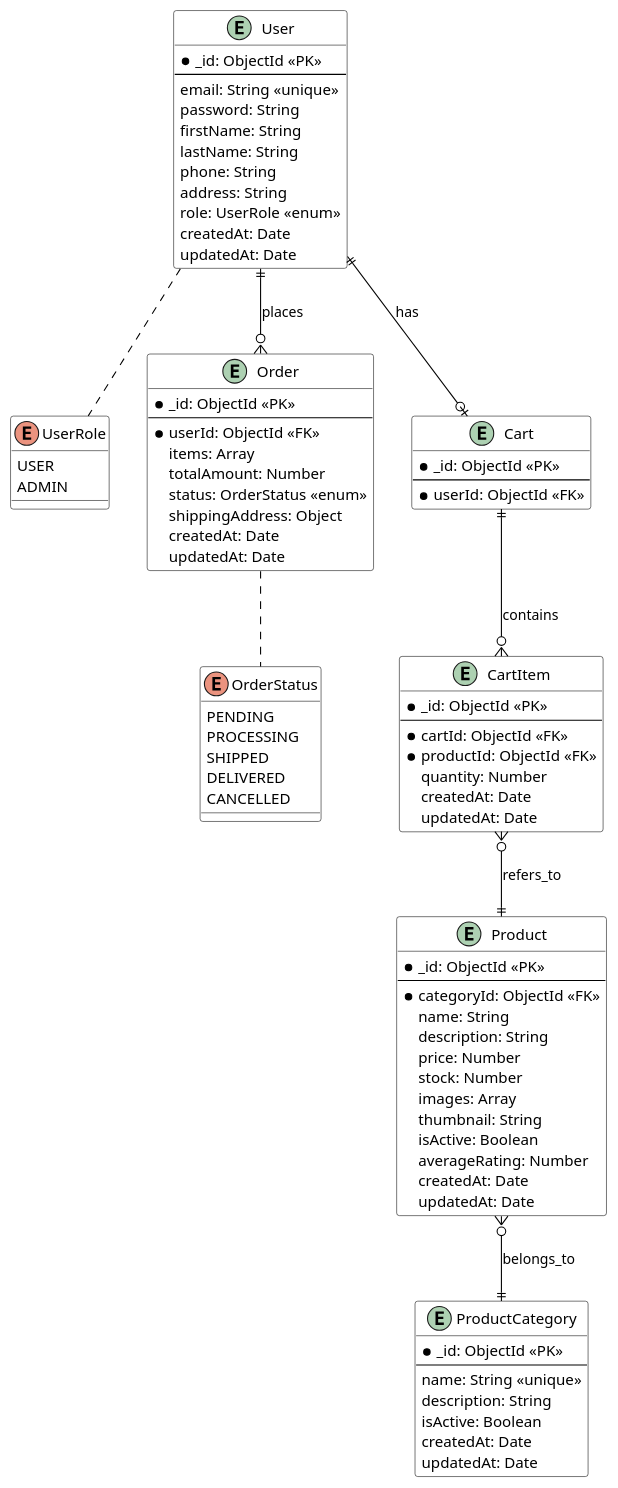
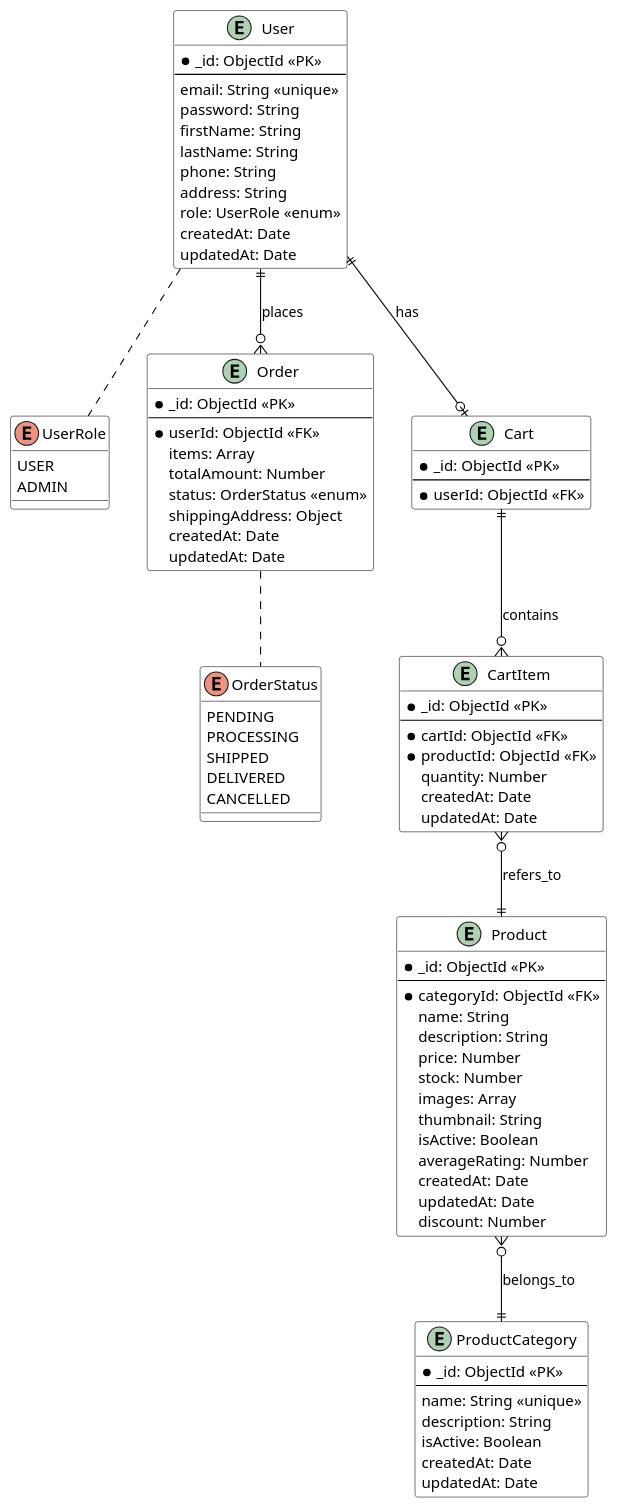
One commit to phongth803/tichhop changed the diagram in erd.pu. Above: the diagram before and after it, drawn with PlantUML. The commit also changed 27 other files, not shown here.

```diff
--- a/erd.pu
+++ b/erd.pu
@@ -1,104 +1,105 @@
 @startuml
 
 ' Định nghĩa style
 skinparam class {
     BackgroundColor White
     ArrowColor Black
     BorderColor Black
 }
 
 ' Định nghĩa enum
 enum UserRole {
     USER
     ADMIN
 }
 
 enum OrderStatus {
     PENDING
     PROCESSING
     SHIPPED
     DELIVERED
     CANCELLED
 }
 
 ' Định nghĩa entities
 entity "User" {
     *_id: ObjectId <<PK>>
     --
     email: String <<unique>>
     password: String
     firstName: String
     lastName: String
     phone: String
     address: String
     role: UserRole <<enum>>
     createdAt: Date
     updatedAt: Date
 }
 
 entity "Product" {
     *_id: ObjectId <<PK>>
     --
     *categoryId: ObjectId <<FK>>
     name: String
     description: String
     price: Number
     stock: Number
     images: Array
     thumbnail: String
     isActive: Boolean
     averageRating: Number
     createdAt: Date
     updatedAt: Date
+    discount: Number
 }
 
 entity "ProductCategory" {
     *_id: ObjectId <<PK>>
     --
     name: String <<unique>>
     description: String
     isActive: Boolean
     createdAt: Date
     updatedAt: Date
 }
 
 entity "Order" {
     *_id: ObjectId <<PK>>
     --
     *userId: ObjectId <<FK>>
     items: Array
     totalAmount: Number
     status: OrderStatus <<enum>>
     shippingAddress: Object
     createdAt: Date
     updatedAt: Date
 }
 
 entity "Cart" {
     *_id: ObjectId <<PK>>
     --
     *userId: ObjectId <<FK>>
 }
 
 entity "CartItem" {
     *_id: ObjectId <<PK>>
     --
     *cartId: ObjectId <<FK>>
     *productId: ObjectId <<FK>>
     quantity: Number
     createdAt: Date
     updatedAt: Date
 }
 
 ' Định nghĩa relationships chính
 User ||--o{ Order : places
 User ||--o| Cart : has
 Product }o--|| ProductCategory : belongs_to
 Cart ||--o{ CartItem : contains
 CartItem }o--|| Product : refers_to
 
 ' Định nghĩa relationships với enum
 User .. UserRole
 Order .. OrderStatus
 
 @enduml 
```
